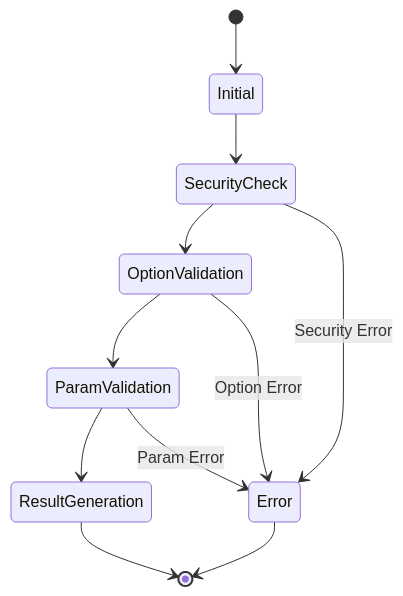
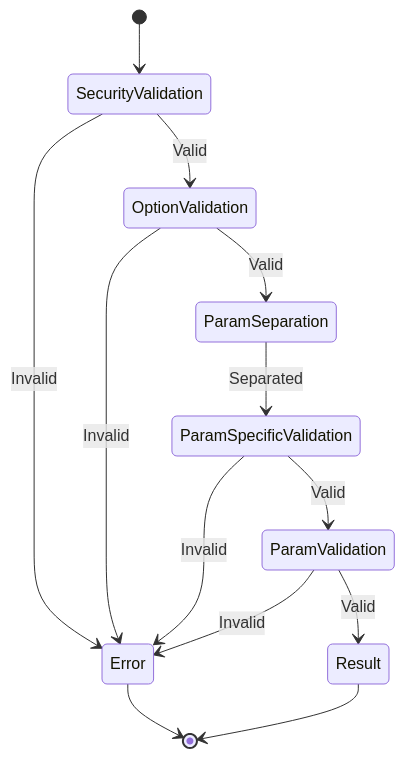
Before and after one commit to tettuan/breakdownparams: the fifth of 11 diagrams in docs/architecture/layer2_diagrams.ja.md, drawn with Mermaid. The commit also changed other lines of this file and 5 other files, not shown here.

First line of the commit message:
docs(architecture): update architecture documentation in Japanese and remove English versions

````diff
--- a/docs/architecture/layer2_diagrams.ja.md
+++ b/docs/architecture/layer2_diagrams.ja.md
@@ -120,14 +77,15 @@
 ```mermaid
 stateDiagram-v2
-    [*] --> Initial
-    Initial --> SecurityCheck
-    SecurityCheck --> OptionValidation
-    OptionValidation --> ParamValidation
-    ParamValidation --> ResultGeneration
-    ResultGeneration --> [*]
-    
-    SecurityCheck --> Error: Security Error
-    OptionValidation --> Error: Option Error
-    ParamValidation --> Error: Param Error
+    [*] --> SecurityValidation
+    SecurityValidation --> OptionValidation: Valid
+    SecurityValidation --> Error: Invalid
+    OptionValidation --> ParamSeparation: Valid
+    OptionValidation --> Error: Invalid
+    ParamSeparation --> ParamSpecificValidation: Separated
+    ParamSpecificValidation --> ParamValidation: Valid
+    ParamSpecificValidation --> Error: Invalid
+    ParamValidation --> Result: Valid
+    ParamValidation --> Error: Invalid
     Error --> [*]
+    Result --> [*]
 ```
````
